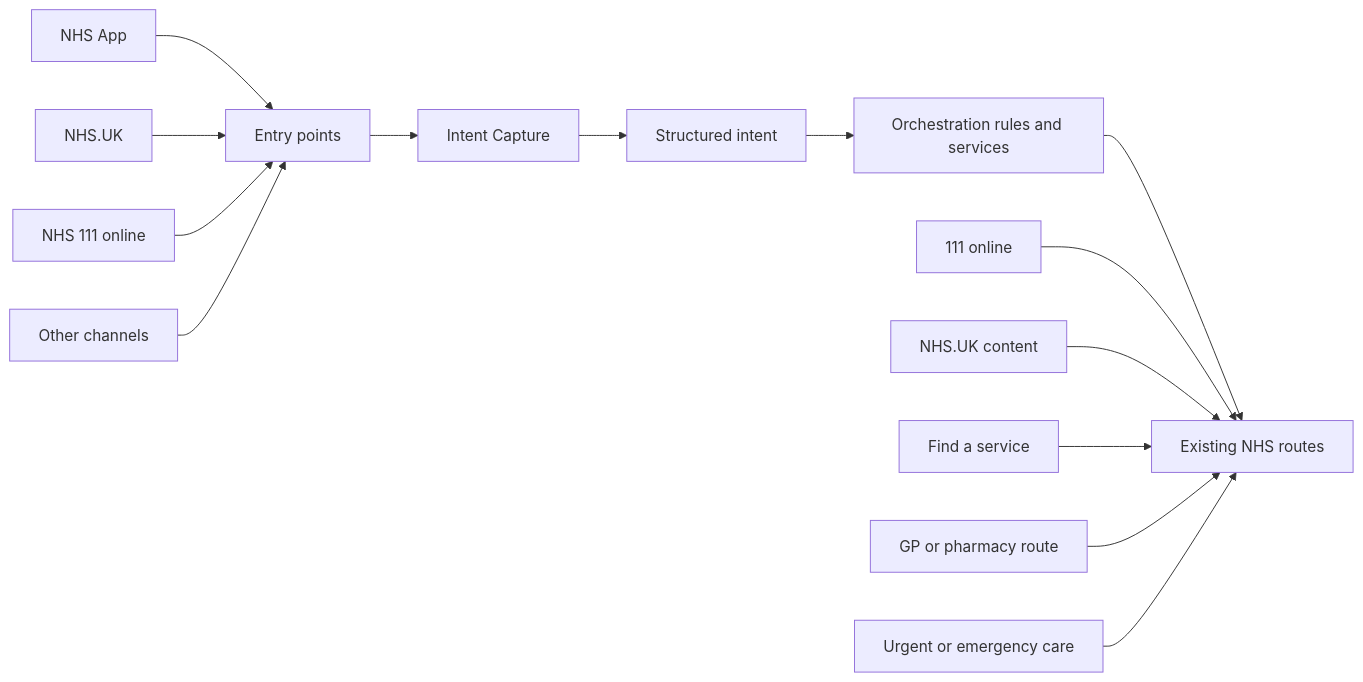
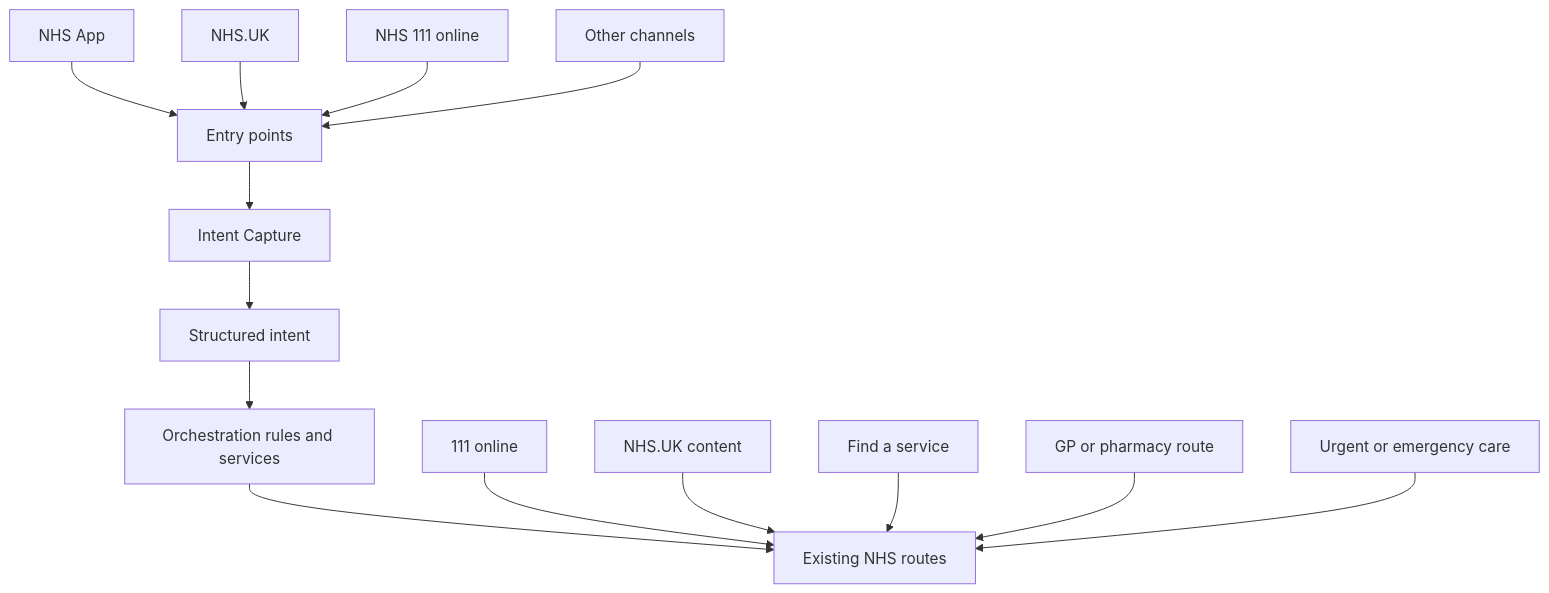
Before and after one commit to NHS-DUEC/intent-capture-design-history: the second of 2 diagrams in docs/concepts/architecture.md, drawn with Mermaid. The commit also changed 4 other files, not shown here.

First line of the commit message:
Render Mermaid diagrams on pages

````diff
--- a/docs/concepts/architecture.md
+++ b/docs/concepts/architecture.md
@@ -36,18 +36,18 @@
 ```mermaid
-flowchart LR
+flowchart TD
   A[Entry points] --> B[Intent Capture]
   B --> C[Structured intent]
   C --> D[Orchestration rules and services]
   D --> E[Existing NHS routes]
 
   A1[NHS App] --> A
   A2[NHS.UK] --> A
   A3[NHS 111 online] --> A
   A4[Other channels] --> A
 
   E1[111 online] --> E
   E2[NHS.UK content] --> E
   E3[Find a service] --> E
   E4[GP or pharmacy route] --> E
   E5[Urgent or emergency care] --> E
 ```
````
